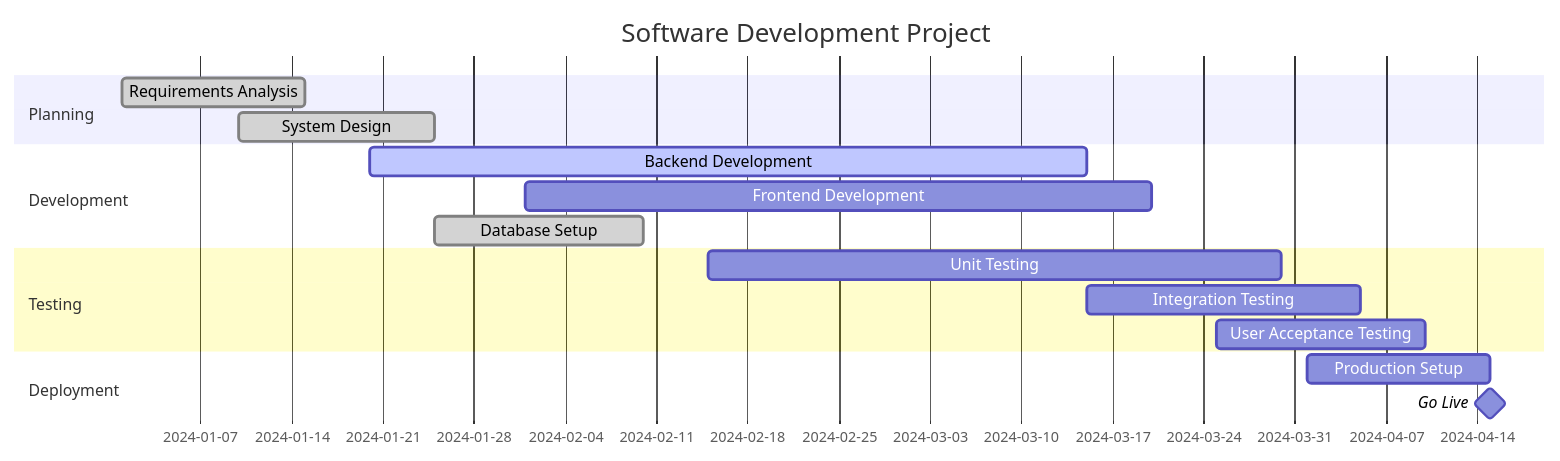
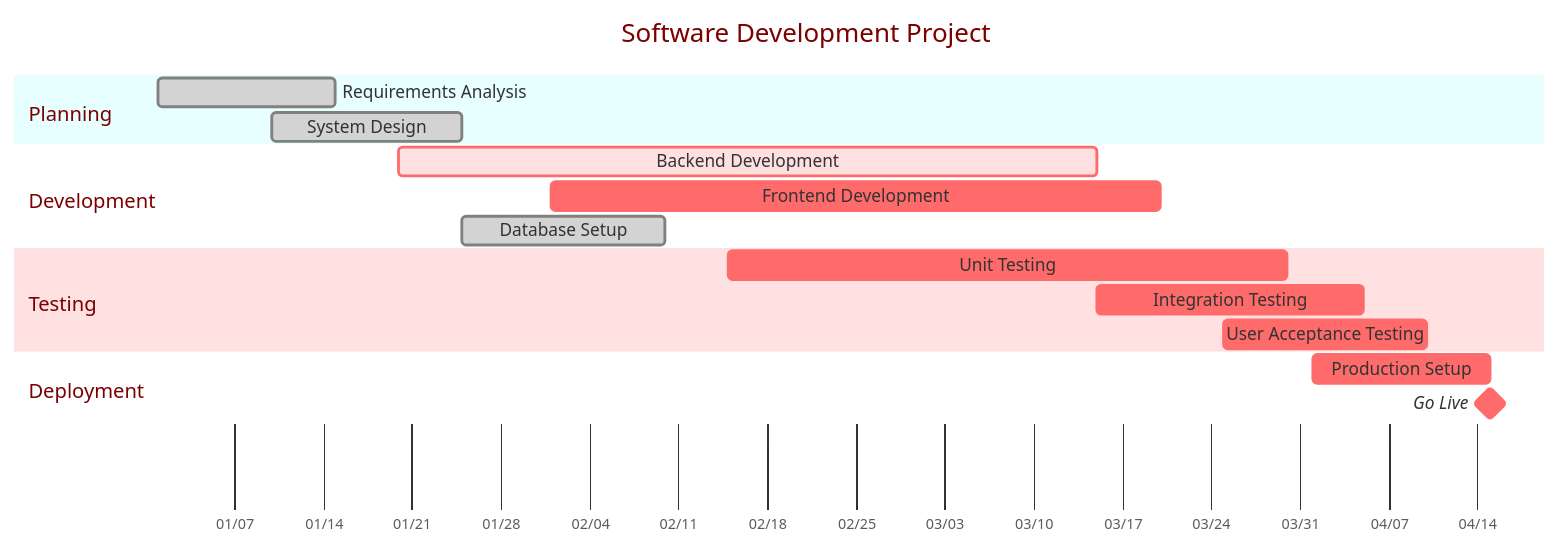
Before and after one commit to hyperswine/playground-rei: the sixth of 10 diagrams in DIAGRAMS.md, drawn with Mermaid. The commit also changed other lines of this file and 1 other file, not shown here.

First line of the commit message:
Update DIAGRAMS.md and add scheduler1.rei

````diff
--- a/DIAGRAMS.md
+++ b/DIAGRAMS.md
@@ -152,22 +157,40 @@
 ```mermaid
+%%{init: {
+  'theme': 'base',
+  'themeVariables': {
+    'primaryColor': '#ff6b6b',
+    'primaryTextColor': '#333',
+    'primaryBorderColor': '#ff6b6b',
+    'lineColor': '#333',
+    'axisTextColor': '#333'
+  },
+  'gantt': {
+    'leftPadding': 100,
+    'gridLineStartPadding': 350,
+    'fontSize': 12,
+    'sectionFontSize': 14
+  }
+}}%%
 gantt
     title Software Development Project
     dateFormat  YYYY-MM-DD
+    axisFormat  %m/%d
+
     section Planning
     Requirements Analysis    :done, req, 2024-01-01, 2024-01-15
     System Design          :done, design, 2024-01-10, 2024-01-25
 
     section Development
     Backend Development     :active, backend, 2024-01-20, 2024-03-15
     Frontend Development    :frontend, 2024-02-01, 2024-03-20
     Database Setup         :done, db, 2024-01-25, 2024-02-10
 
     section Testing
     Unit Testing           :testing, 2024-02-15, 2024-03-30
     Integration Testing    :int-test, 2024-03-15, 2024-04-05
     User Acceptance Testing :uat, 2024-03-25, 2024-04-10
 
     section Deployment
     Production Setup       :prod-setup, 2024-04-01, 2024-04-15
     Go Live               :milestone, 2024-04-15, 0d
 ```
````
